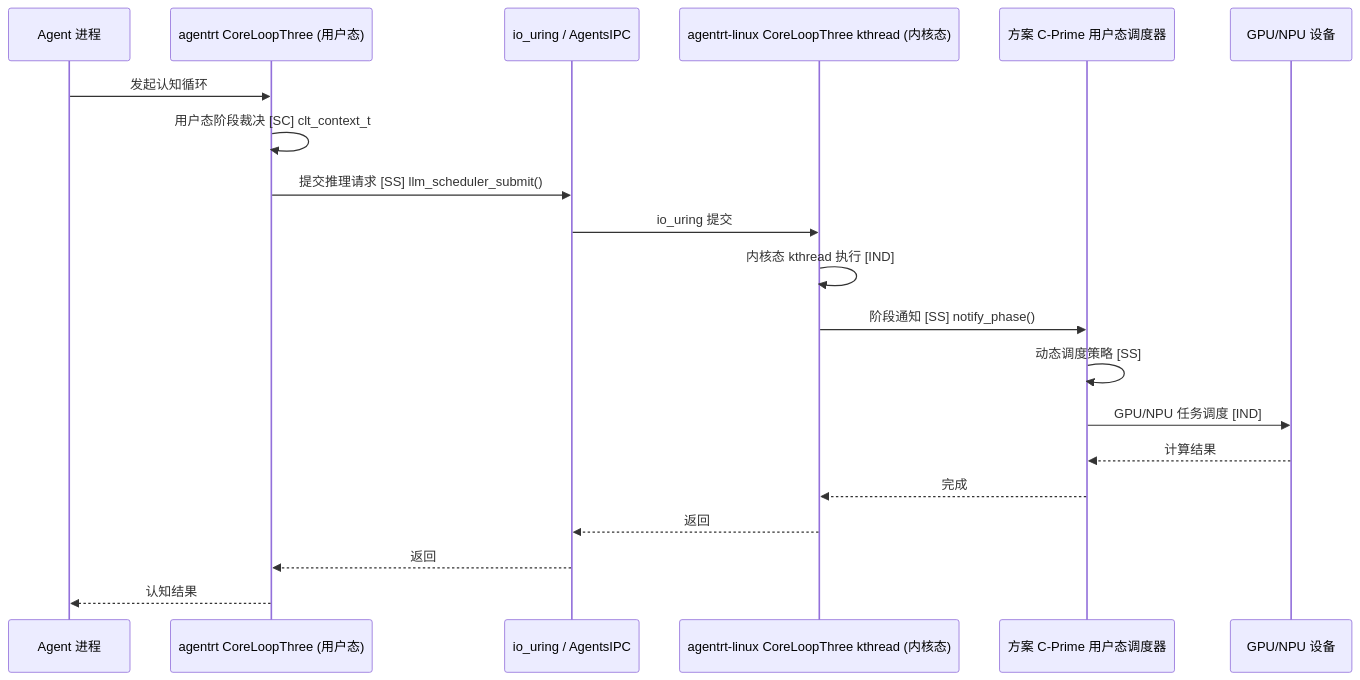
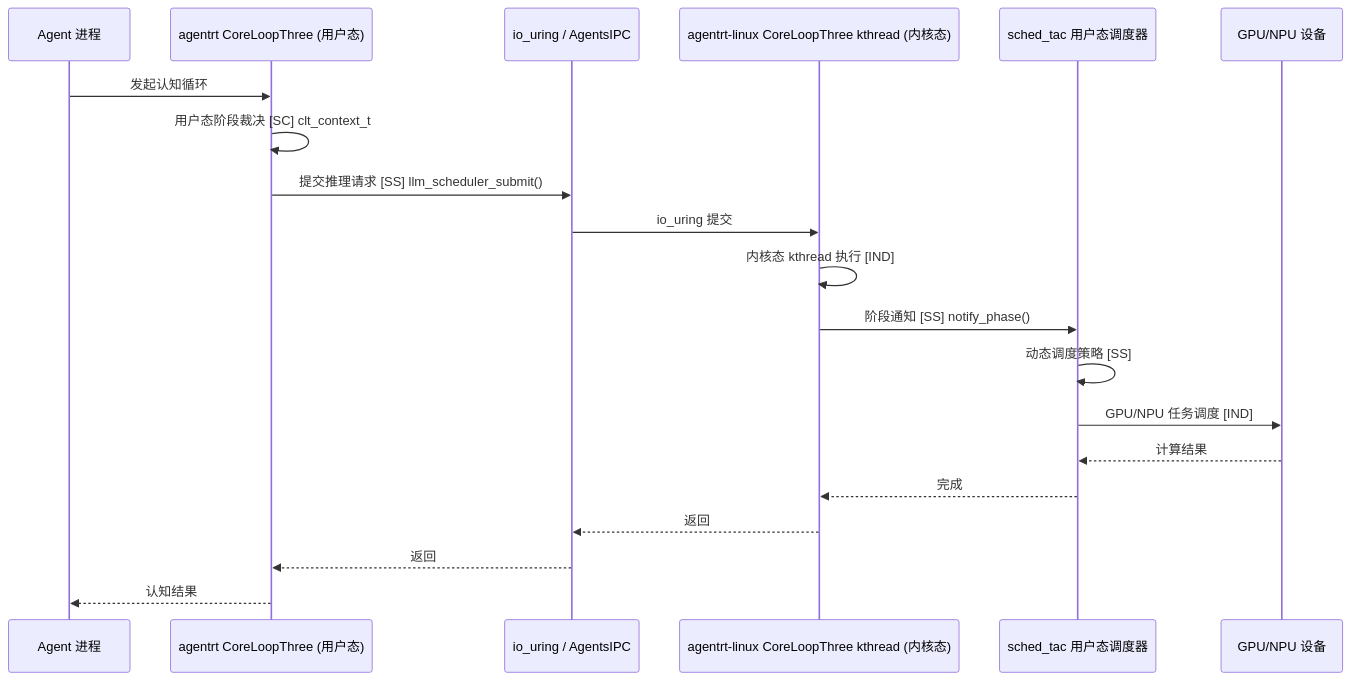
One commit to openairymax/docs-linux changed the second of 2 diagrams in 20-modules/05-cognition.md. Above: the diagram before and after it, drawn with Mermaid. The commit also changed other lines of this file and 181 other files, not shown here.

Commit message:
docs: 批量更新文档中的IRON-9版本与调度器命名 1. 将所有IRON-9 v2引用升级为IRON-9 v3，统一四层共享模型版本号 2. 将方案C-Prime、AIRY_SCHED_AGENT相关表述替换为sched_tac、stc_agent 3. 更新OpenStandards/README.md的许可证信息为CC-BY-4.0

````diff
--- a/20-modules/05-cognition.md
+++ b/20-modules/05-cognition.md
@@ -483,23 +483,23 @@
 ```mermaid
 sequenceDiagram
     participant AGENT as Agent 进程
     participant CLT_U as agentrt CoreLoopThree (用户态)
     participant IPC as io_uring / AgentsIPC
     participant CLT_K as agentrt-linux CoreLoopThree kthread (内核态)
-    participant SCHED as 方案 C-Prime 用户态调度器
+    participant SCHED as sched_tac 用户态调度器
     participant GPU as GPU/NPU 设备
 
     AGENT->>CLT_U: 发起认知循环
     CLT_U->>CLT_U: 用户态阶段裁决 [SC] clt_context_t
     CLT_U->>IPC: 提交推理请求 [SS] llm_scheduler_submit()
     IPC->>CLT_K: io_uring 提交
     CLT_K->>CLT_K: 内核态 kthread 执行 [IND]
     CLT_K->>SCHED: 阶段通知 [SS] notify_phase()
     SCHED->>SCHED: 动态调度策略 [SS]
     SCHED->>GPU: GPU/NPU 任务调度 [IND]
     GPU-->>SCHED: 计算结果
     SCHED-->>CLT_K: 完成
     CLT_K-->>IPC: 返回
     IPC-->>CLT_U: 返回
     CLT_U-->>AGENT: 认知结果
 ```
````
